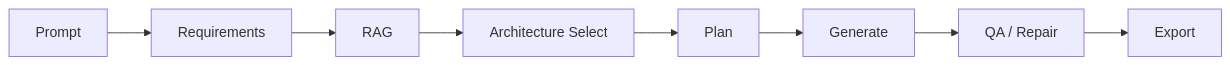
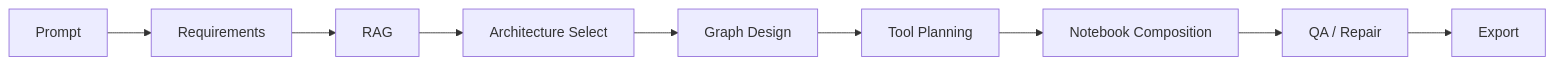
One commit to dhar174/langgraph_system_generator changed the diagram in README.md. Above: the diagram before and after it, drawn with Mermaid. The commit also changed other lines of this file and 13 other files, not shown here.

````diff
--- a/README.md
+++ b/README.md
@@ -59,10 +80,11 @@
 ```mermaid
 graph LR
     Prompt[Prompt] --> Requirements[Requirements]
     Requirements --> RAG[RAG]
     RAG --> Architecture[Architecture Select]
-    Architecture --> Plan[Plan]
-    Plan --> Generate[Generate]
-    Generate --> QA[QA / Repair]
+    Architecture --> Graph[Graph Design]
+    Graph --> Tools[Tool Planning]
+    Tools --> Notebook[Notebook Composition]
+    Notebook --> QA[QA / Repair]
     QA --> Export[Export]
 ```
````
